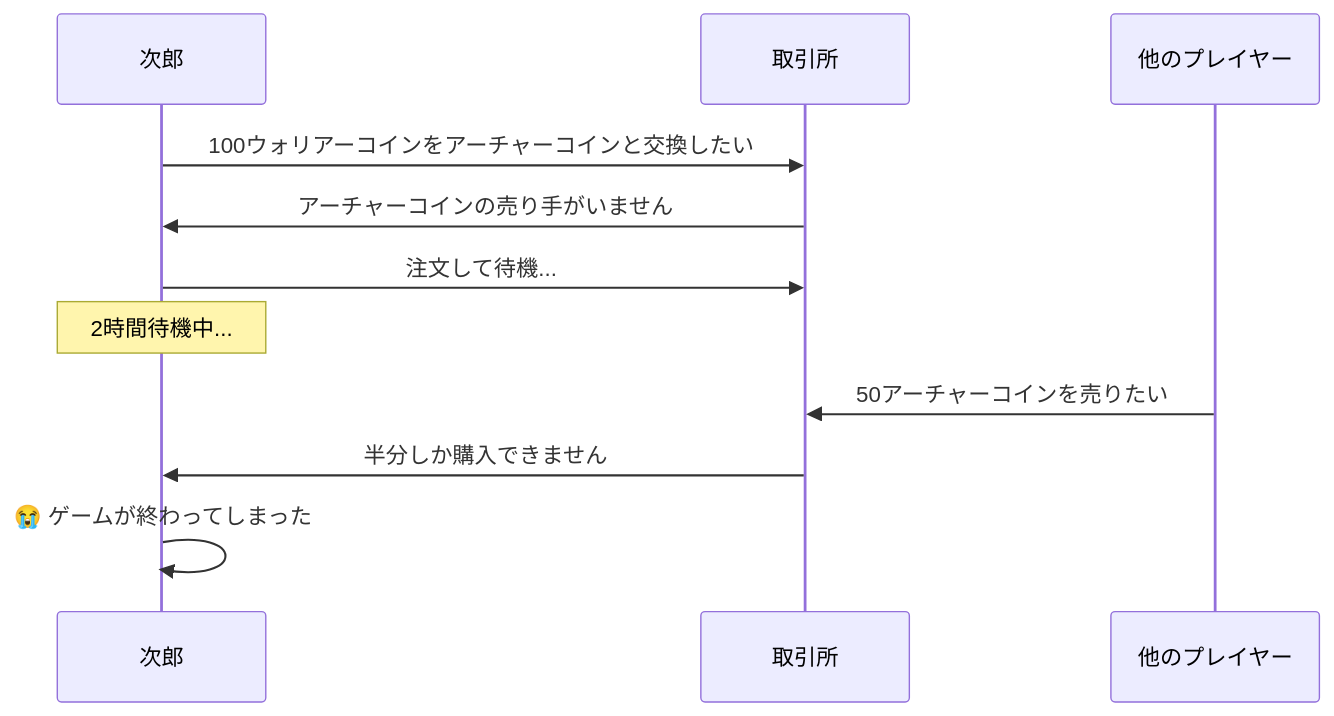
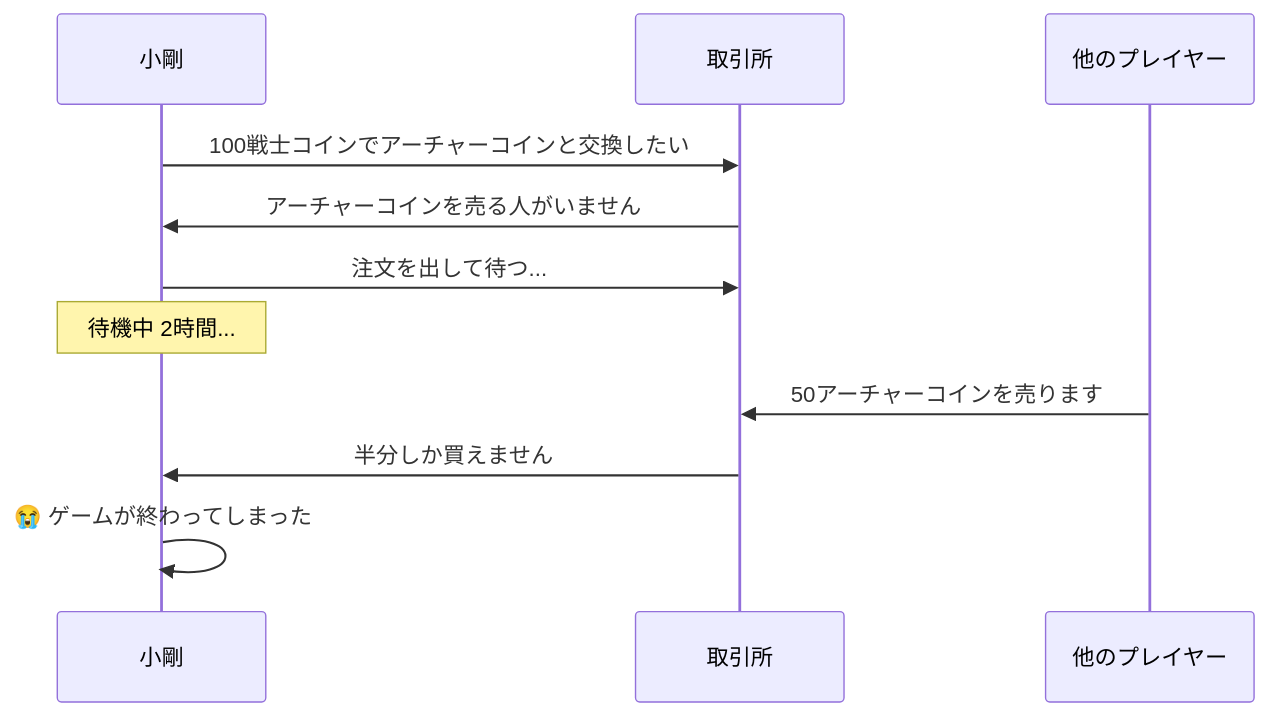
The seventh of 9 diagrams in doc/ja/AMM_Market_Making.md (pinpetfun/pinpet-book), drawn with Mermaid before and after one commit. The commit also changed other lines of this file and 54 other files, not shown here.

````diff
--- a/doc/ja/AMM_Market_Making.md
+++ b/doc/ja/AMM_Market_Making.md
@@ -285,14 +285,14 @@
 ```mermaid
 sequenceDiagram
-    participant 次郎
+    participant 小剛
     participant 取引所
     participant 他のプレイヤー
 
-    次郎->>取引所: 100ウォリアーコインをアーチャーコインと交換したい
-    取引所->>次郎: アーチャーコインの売り手がいません
-    次郎->>取引所: 注文して待機...
-    Note over 次郎: 2時間待機中...
-    他のプレイヤー->>取引所: 50アーチャーコインを売りたい
-    取引所->>次郎: 半分しか購入できません
-    次郎->>次郎: 😭 ゲームが終わってしまった
+    小剛->>取引所: 100戦士コインでアーチャーコインと交換したい
+    取引所->>小剛: アーチャーコインを売る人がいません
+    小剛->>取引所: 注文を出して待つ...
+    Note over 小剛: 待機中 2時間...
+    他のプレイヤー->>取引所: 50アーチャーコインを売ります
+    取引所->>小剛: 半分しか買えません
+    小剛->>小剛: 😭 ゲームが終わってしまった
 ```
````
